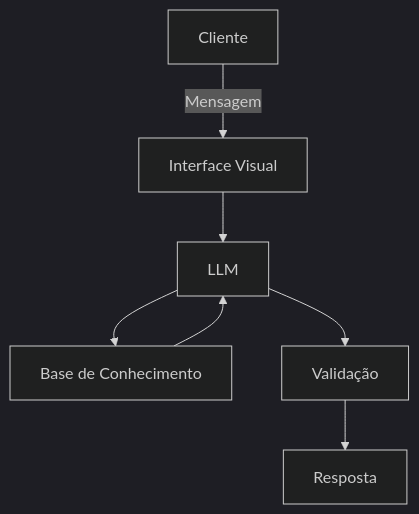
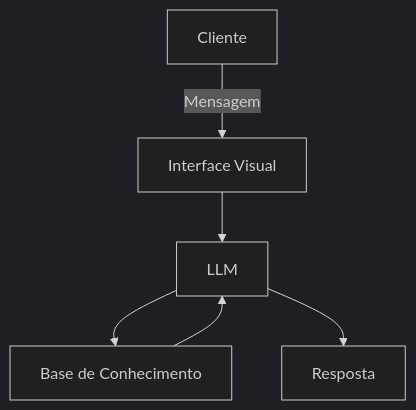
One commit to daniel-q/dio-lab-bia-do-futuro changed the diagram in docs/01-documentacao-agente.md. Above: the diagram before and after it, drawn with Mermaid (dark theme).

````diff
--- a/docs/01-documentacao-agente.md
+++ b/docs/01-documentacao-agente.md
@@ -49,9 +49,8 @@
 ```mermaid
 flowchart TD
     A[Cliente] -->|Mensagem| B[Interface Visual]
     B --> C[LLM]
     C --> D[Base de Conhecimento]
     D --> C
-    C --> E[Validação]
-    E --> F[Resposta]
+    C --> F[Resposta]
 ```
````
